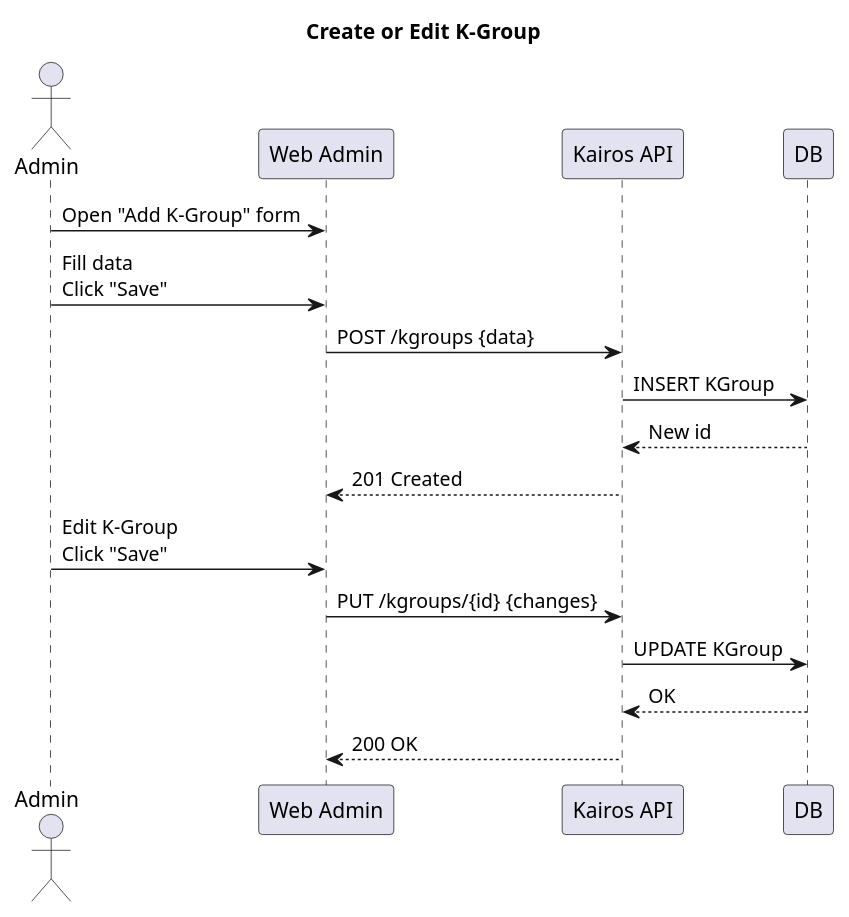
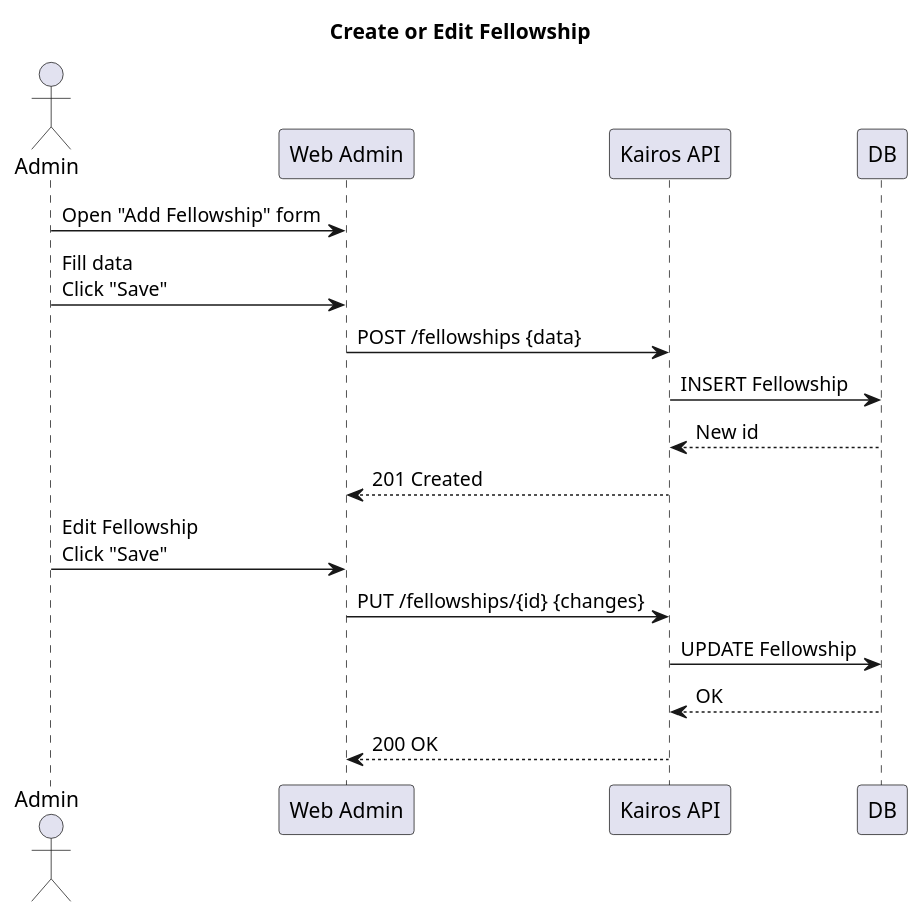
One commit to kharis-min-tech/kairos changed the diagram in architecture/sequences/kgroup-management/kairos-create-edit-kgorup-details-sequence.puml. Above: the diagram before and after it, drawn with PlantUML. The commit also changed 101 other files, not shown here.

Commit message:
rewiring the repo and architecture

```diff
--- a/architecture/sequences/kgroup-management/kairos-create-edit-kgorup-details-sequence.puml
+++ b/architecture/sequences/kgroup-management/kairos-create-edit-kgorup-details-sequence.puml
@@ -1,22 +1,22 @@
-@startuml kairos-create-edit-kgroup-details-sequence
-title Create or Edit K-Group
+@startuml kairos-create-edit-fellowship-details-sequence
+title Create or Edit Fellowship
 
 actor Admin
 participant "Web Admin" as WebAdmin
 participant "Kairos API" as API
 participant "DB" as DB
 
-Admin -> WebAdmin: Open "Add K-Group" form
+Admin -> WebAdmin: Open "Add Fellowship" form
 Admin -> WebAdmin: Fill data\nClick "Save"
-WebAdmin -> API: POST /kgroups {data}
-API -> DB: INSERT KGroup
+WebAdmin -> API: POST /fellowships {data}
+API -> DB: INSERT Fellowship
 DB --> API: New id
 API --> WebAdmin: 201 Created
 
-Admin -> WebAdmin: Edit K-Group\nClick "Save"
-WebAdmin -> API: PUT /kgroups/{id} {changes}
-API -> DB: UPDATE KGroup
+Admin -> WebAdmin: Edit Fellowship\nClick "Save"
+WebAdmin -> API: PUT /fellowships/{id} {changes}
+API -> DB: UPDATE Fellowship
 DB --> API: OK
 API --> WebAdmin: 200 OK
 
 @enduml
```
